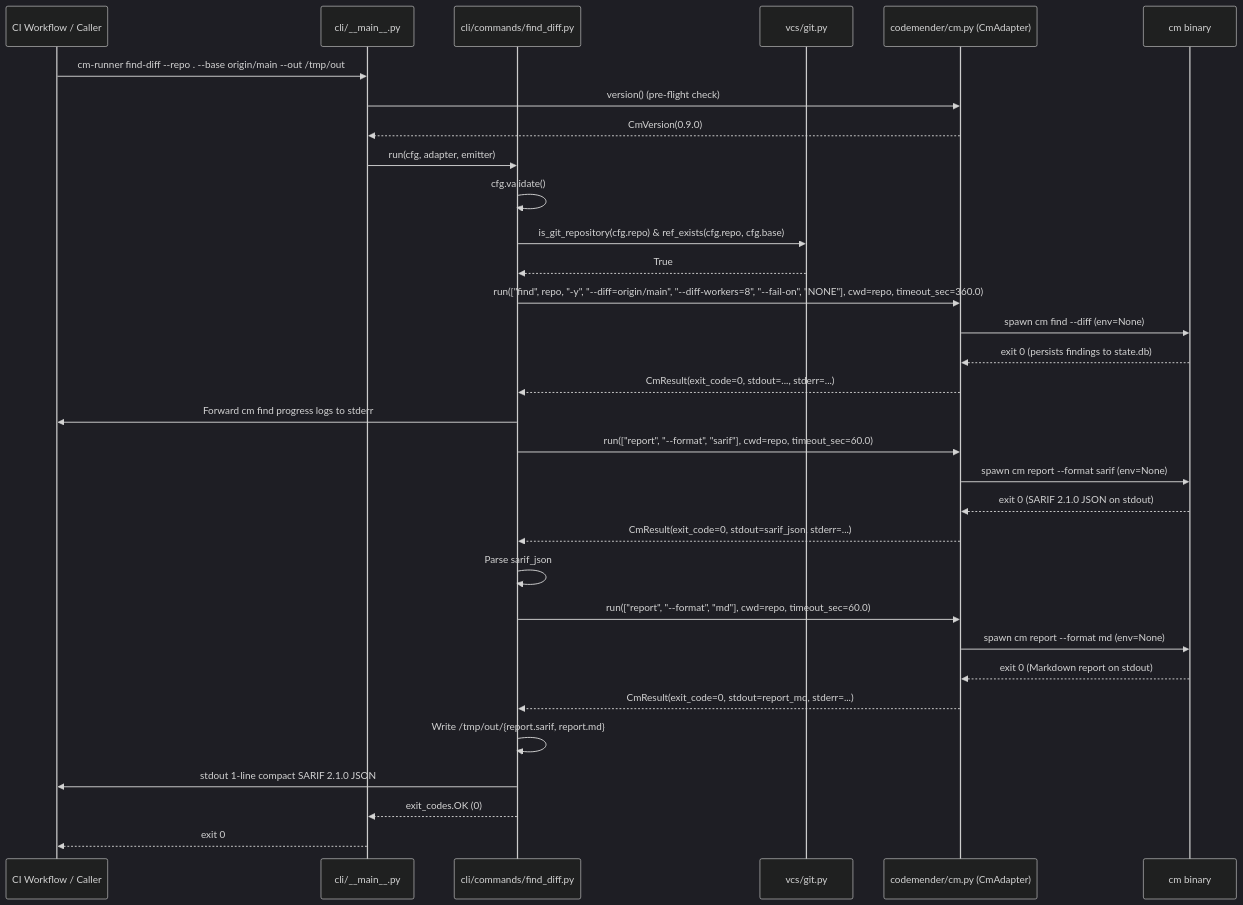
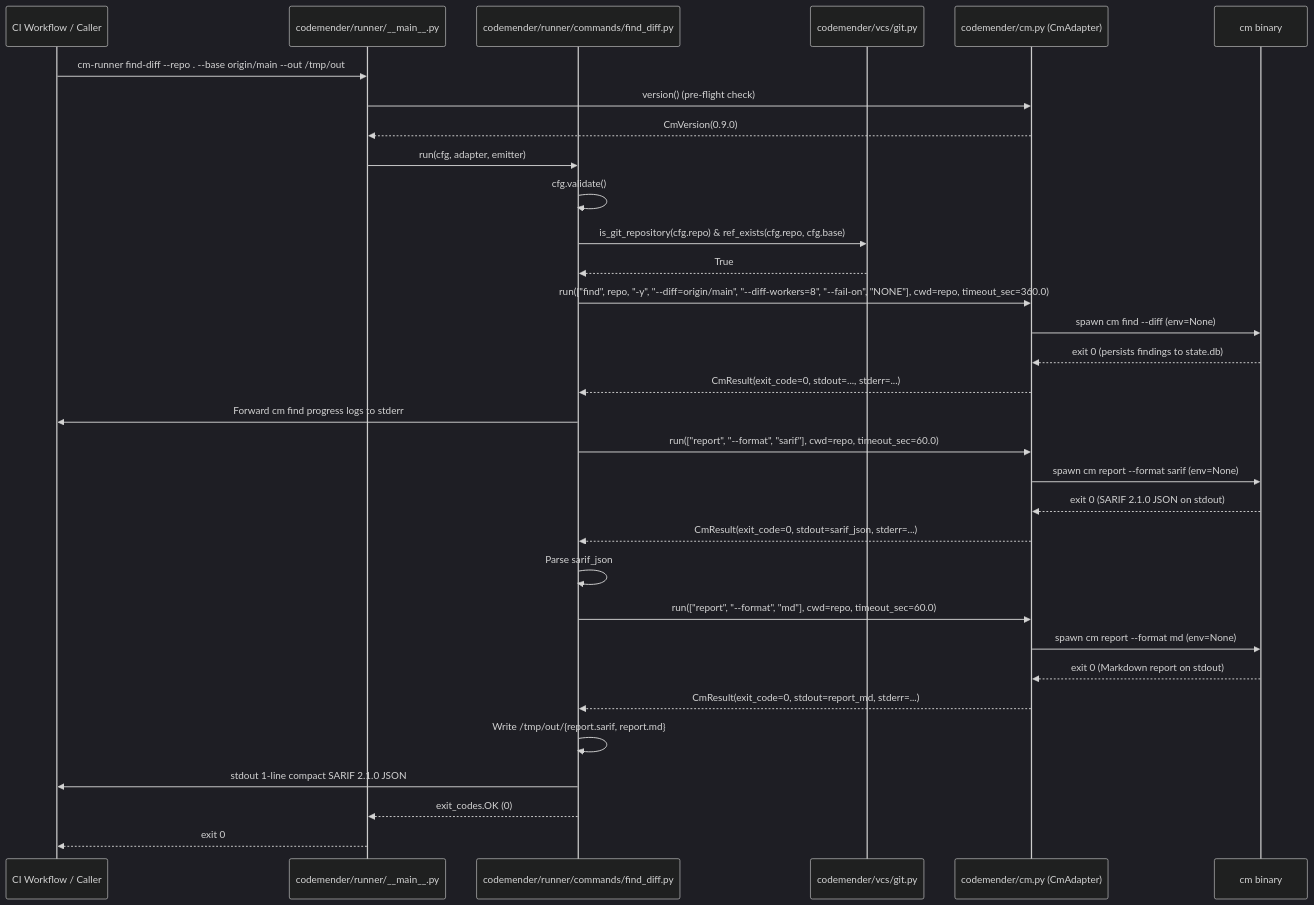
Before and after one commit to avnit/codemender-runner-mcp: the second of 2 diagrams in docs/openspec/specs/find-diff/design.md, drawn with Mermaid (dark theme). The commit also changed other lines of this file and 59 other files, not shown here.

First line of the commit message:
refactor(codemender): migrate generic runner to extensible packages/codemender architecture (#60)

````diff
--- a/docs/openspec/specs/find-diff/design.md
+++ b/docs/openspec/specs/find-diff/design.md
@@ -223,35 +225,35 @@
 ```mermaid
 sequenceDiagram
     participant Caller as CI Workflow / Caller
-    participant Main as cli/__main__.py
-    participant Cmd as cli/commands/find_diff.py
-    participant Git as vcs/git.py
+    participant Main as codemender/runner/__main__.py
+    participant Cmd as codemender/runner/commands/find_diff.py
+    participant Git as codemender/vcs/git.py
     participant Adapter as codemender/cm.py (CmAdapter)
     participant CM as cm binary
 
     Caller->>Main: cm-runner find-diff --repo . --base origin/main --out /tmp/out
     Main->>Adapter: version() (pre-flight check)
     Adapter-->>Main: CmVersion(0.9.0)
     Main->>Cmd: run(cfg, adapter, emitter)
     Cmd->>Cmd: cfg.validate()
     Cmd->>Git: is_git_repository(cfg.repo) & ref_exists(cfg.repo, cfg.base)
     Git-->>Cmd: True
     Cmd->>Adapter: run(["find", repo, "-y", "--diff=origin/main", "--diff-workers=8", "--fail-on", "NONE"], cwd=repo, timeout_sec=360.0)
     Adapter->>CM: spawn cm find --diff (env=None)
     CM-->>Adapter: exit 0 (persists findings to state.db)
     Adapter-->>Cmd: CmResult(exit_code=0, stdout=..., stderr=...)
     Cmd->>Caller: Forward cm find progress logs to stderr
     Cmd->>Adapter: run(["report", "--format", "sarif"], cwd=repo, timeout_sec=60.0)
     Adapter->>CM: spawn cm report --format sarif (env=None)
     CM-->>Adapter: exit 0 (SARIF 2.1.0 JSON on stdout)
     Adapter-->>Cmd: CmResult(exit_code=0, stdout=sarif_json, stderr=...)
     Cmd->>Cmd: Parse sarif_json
     Cmd->>Adapter: run(["report", "--format", "md"], cwd=repo, timeout_sec=60.0)
     Adapter->>CM: spawn cm report --format md (env=None)
     CM-->>Adapter: exit 0 (Markdown report on stdout)
     Adapter-->>Cmd: CmResult(exit_code=0, stdout=report_md, stderr=...)
     Cmd->>Cmd: Write /tmp/out/{report.sarif, report.md}
     Cmd->>Caller: stdout 1-line compact SARIF 2.1.0 JSON
     Cmd-->>Main: exit_codes.OK (0)
     Main-->>Caller: exit 0
 ```
````
